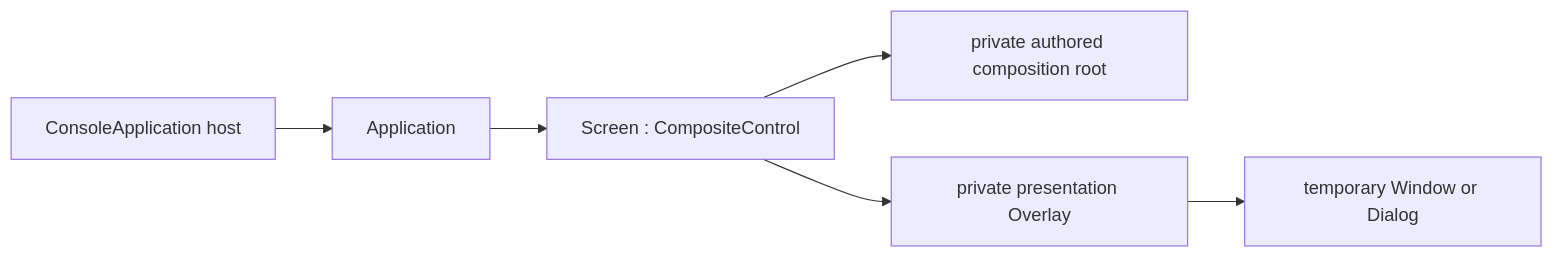
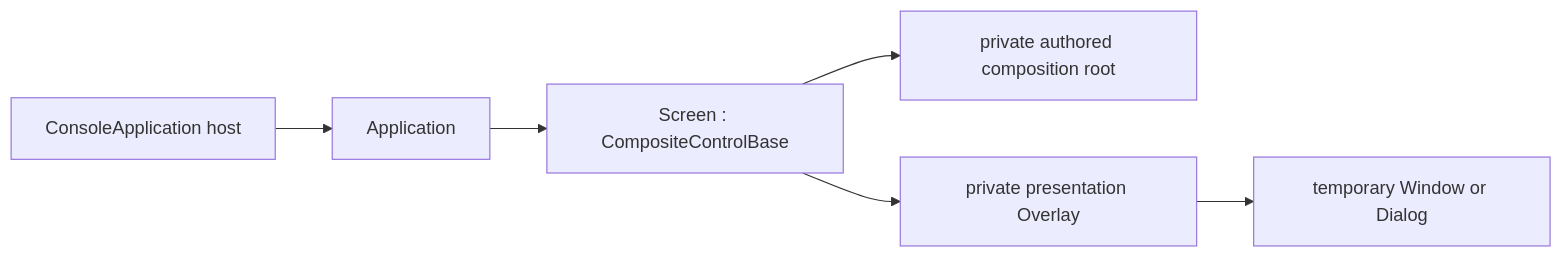
Before and after one commit to pavkam/sharp-vision: the diagram in docs/concepts/screen.md, drawn with Mermaid. The commit also changed other lines of this file and 373 other files, not shown here.

````diff
--- a/docs/concepts/screen.md
+++ b/docs/concepts/screen.md
@@ -24,8 +25,8 @@
 ```mermaid
 flowchart LR
     Host["ConsoleApplication host"] --> Application["Application"]
-    Application --> Screen["Screen : CompositeControl"]
+    Application --> Screen["Screen : CompositeControlBase"]
     Screen --> Root["private authored composition root"]
     Screen --> Presentation["private presentation Overlay"]
     Presentation --> Window["temporary Window or Dialog"]
 ```
````
